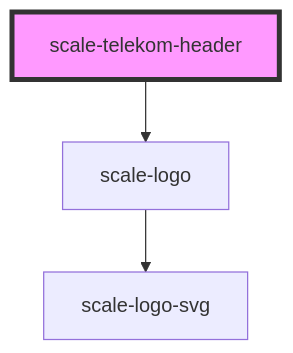
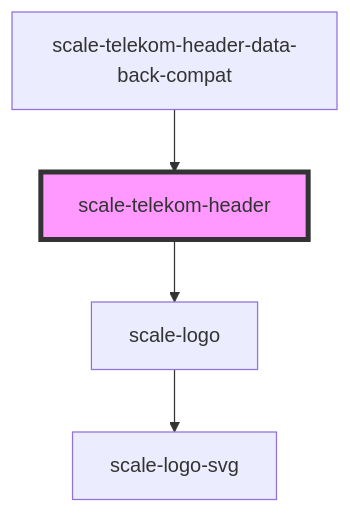
Before and after one commit to telekom/scale: the diagram in packages/components/src/components/telekom/telekom-header/readme.md, drawn with Mermaid. The commit also changed other lines of this file and 18 other files, not shown here.

Commit message:
feat(telekom-header): backward compatible data API

````diff
--- a/packages/components/src/components/telekom/telekom-header/readme.md
+++ b/packages/components/src/components/telekom/telekom-header/readme.md
@@ -41,6 +45,7 @@
 ```mermaid
 graph TD;
   scale-telekom-header --> scale-logo
   scale-logo --> scale-logo-svg
+  scale-telekom-header-data-back-compat --> scale-telekom-header
   style scale-telekom-header fill:#f9f,stroke:#333,stroke-width:4px
 ```
````
